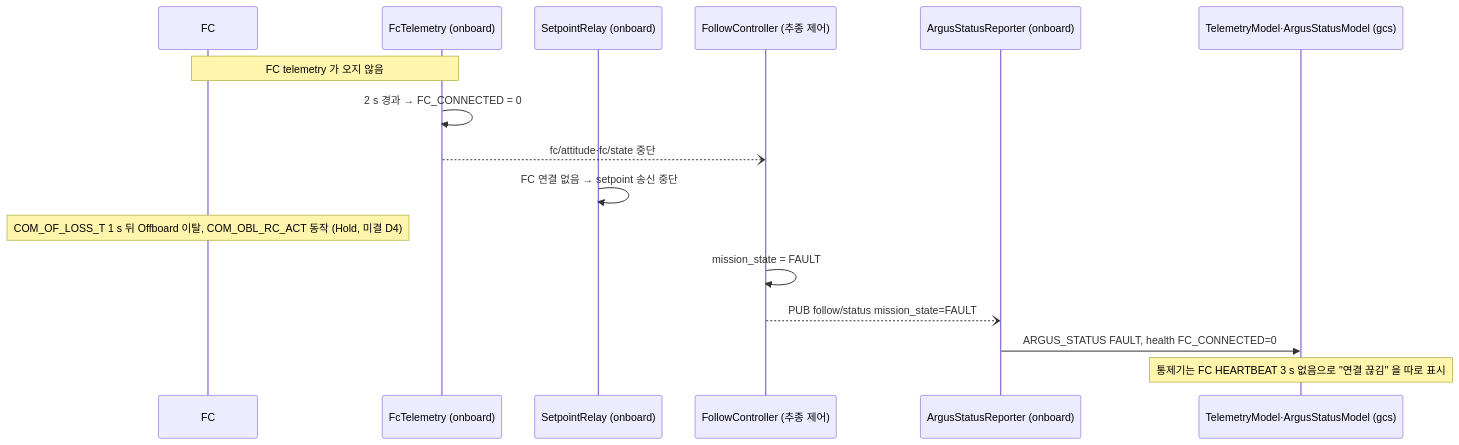
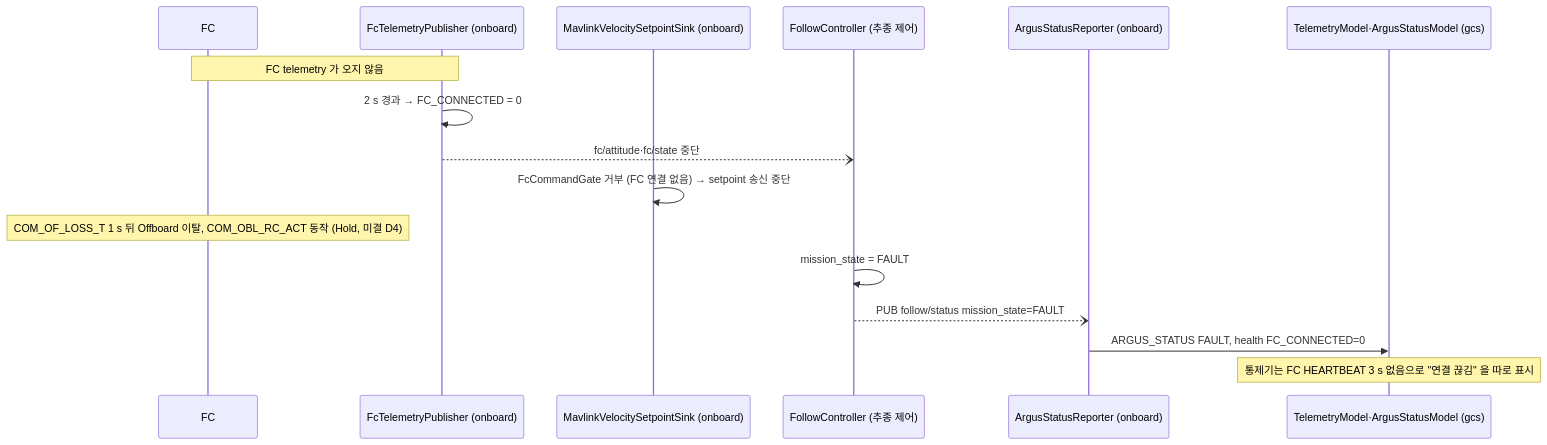
Before and after one commit to lig-argus/argus-edge-vision: the fourth of 4 diagrams in docs/design/uml/sequence.md, drawn with Mermaid. The commit also changed other lines of this file and 7 other files, not shown here.

````diff
--- a/docs/design/uml/sequence.md
+++ b/docs/design/uml/sequence.md
@@ -120,19 +122,19 @@
 ```mermaid
 sequenceDiagram
     participant fc as FC
-    participant fct as FcTelemetry (onboard)
-    participant spr as SetpointRelay (onboard)
+    participant fct as FcTelemetryPublisher (onboard)
+    participant spr as MavlinkVelocitySetpointSink (onboard)
     participant ctl as FollowController (추종 제어)
     participant asr as ArgusStatusReporter (onboard)
     participant gcs as TelemetryModel·ArgusStatusModel (gcs)
 
     Note over fc,fct: FC telemetry 가 오지 않음
     fct->>fct: 2 s 경과 → FC_CONNECTED = 0
     fct--)ctl: fc/attitude·fc/state 중단
-    spr->>spr: FC 연결 없음 → setpoint 송신 중단
+    spr->>spr: FcCommandGate 거부 (FC 연결 없음) → setpoint 송신 중단
     Note over fc: COM_OF_LOSS_T 1 s 뒤 Offboard 이탈, COM_OBL_RC_ACT 동작 (Hold, 미결 D4)
     ctl->>ctl: mission_state = FAULT
     ctl--)asr: PUB follow/status mission_state=FAULT
     asr->>gcs: ARGUS_STATUS FAULT, health FC_CONNECTED=0
     Note over gcs: 통제기는 FC HEARTBEAT 3 s 없음으로 "연결 끊김" 을 따로 표시
 ```
````
